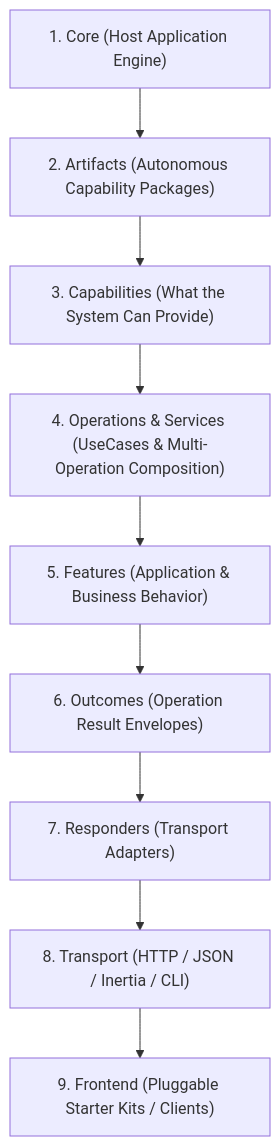
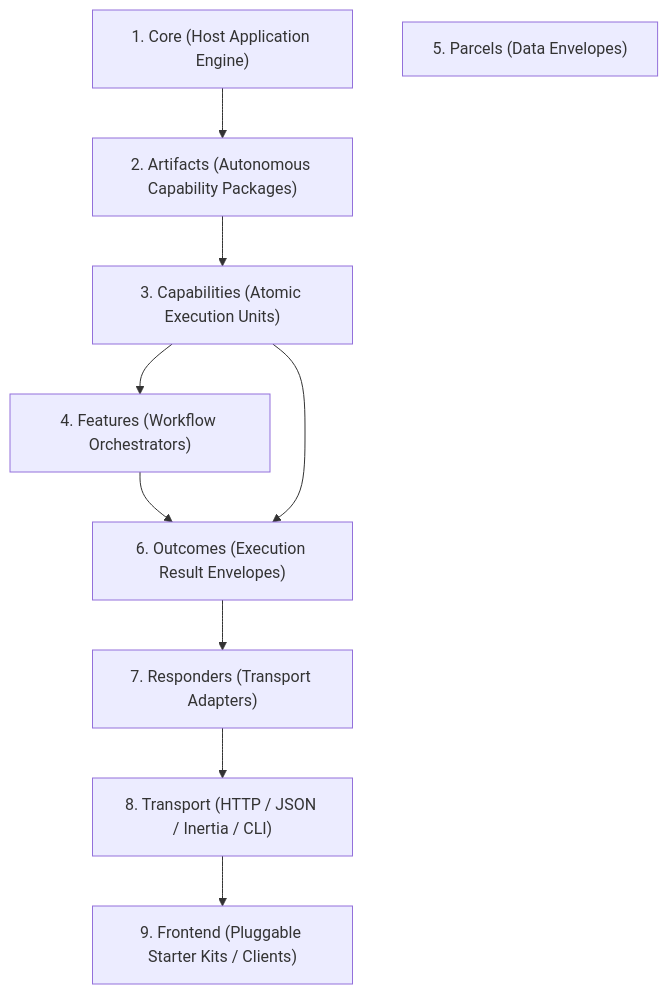
The first of 2 diagrams in architecture/ARTIFACT_DRIVEN_ARCHITECTURE.md (ugaritco/knowledgebase), drawn with Mermaid before and after one commit. The commit also changed other lines of this file, not shown here.

Commit message:
docs(architecture): expand artifact-driven architecture guide with capability patterns

````diff
--- a/architecture/ARTIFACT_DRIVEN_ARCHITECTURE.md
+++ b/architecture/ARTIFACT_DRIVEN_ARCHITECTURE.md
@@ -15,21 +15,21 @@
 ```mermaid
 graph TD
     Core["1. Core (Host Application Engine)"]
     Artifacts["2. Artifacts (Autonomous Capability Packages)"]
-    Capabilities["3. Capabilities (What the System Can Provide)"]
-    Operations["4. Operations & Services (UseCases & Multi-Operation Composition)"]
-    Features["5. Features (Application & Business Behavior)"]
-    Outcomes["6. Outcomes (Operation Result Envelopes)"]
+    Capabilities["3. Capabilities (Atomic Execution Units)"]
+    Features["4. Features (Workflow Orchestrators)"]
+    Parcels["5. Parcels (Data Envelopes)"]
+    Outcomes["6. Outcomes (Execution Result Envelopes)"]
     Responders["7. Responders (Transport Adapters)"]
     Transport["8. Transport (HTTP / JSON / Inertia / CLI)"]
     Frontend["9. Frontend (Pluggable Starter Kits / Clients)"]
 
     Core --> Artifacts
     Artifacts --> Capabilities
-    Capabilities --> Operations
-    Operations --> Features
+    Capabilities --> Features
     Features --> Outcomes
+    Capabilities --> Outcomes
     Outcomes --> Responders
     Responders --> Transport
     Transport --> Frontend
 ```
````
